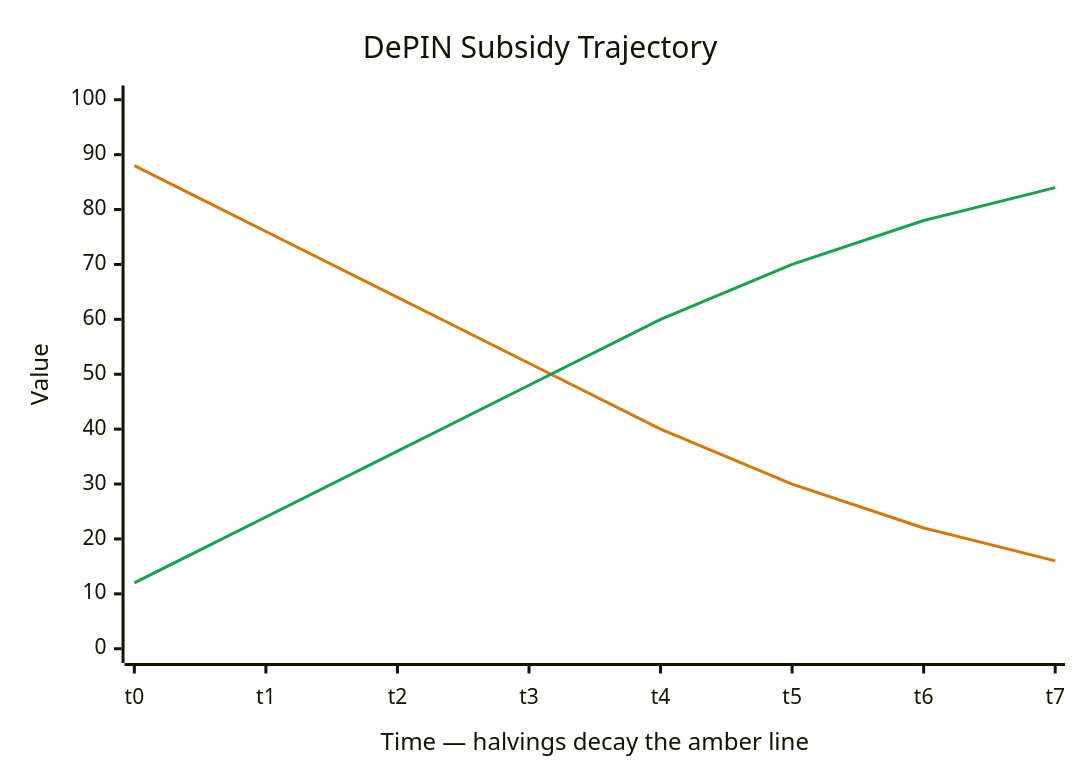
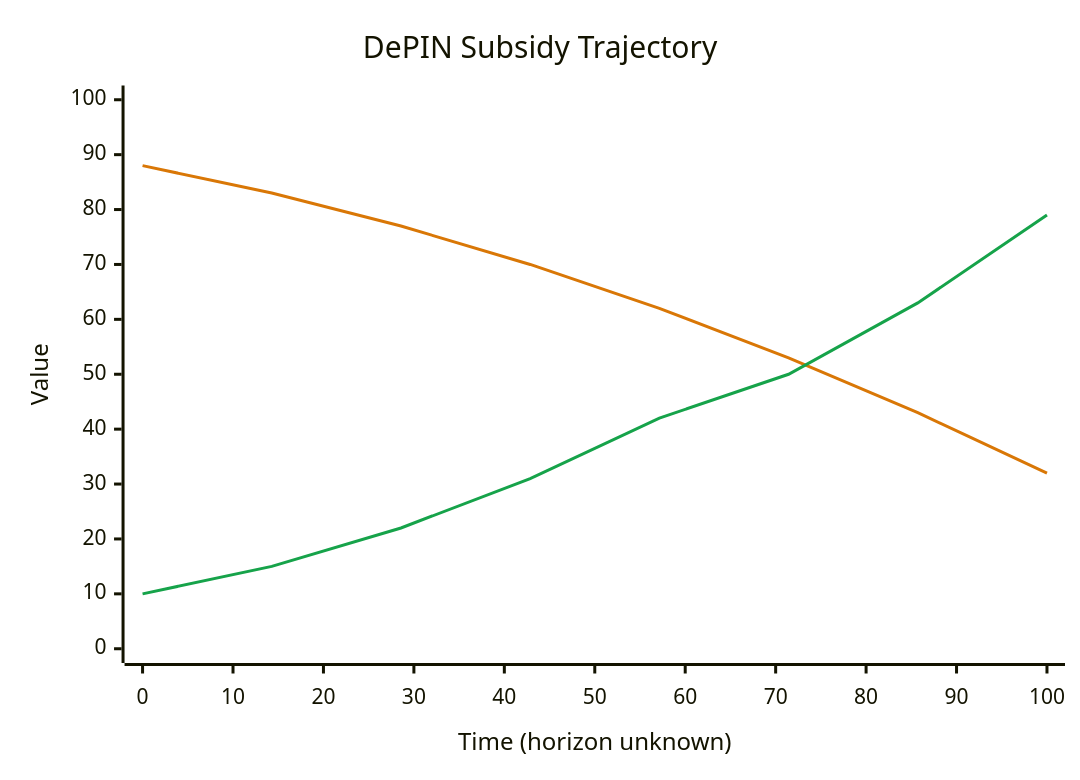
One commit to KubeTEE-AI/kubetee-subnet changed the fourth of 4 diagrams in README.md. Above: the diagram before and after it, drawn with Mermaid. The commit also changed other lines of this file and 1 other file, not shown here.

Commit message:
docs(subnet): push DePIN crossover later, drop definite-halving framing
The trajectory's x-axis is now a continuous numeric range labeled
"Time (horizon unknown)" instead of discrete t0..t7 steps tied to
halvings — the crossover date is unknown because recycle shifts halving
thresholds. Reshape the curves so the amber emission-subsidy line and
the green consumption-revenue line cross much later (~75% of the way
across the horizon, vs ~37% before), and the amber decay is a smooth
gradual taper rather than a definite halving schedule. Applied to both
README.md and docs/TOKENOMICS.md.

````diff
--- a/README.md
+++ b/README.md
@@ -405,14 +405,14 @@
 ```mermaid
 ---
 config:
   themeVariables:
     xyChart:
       plotColorPalette: '#D97706, #16A34A'
 ---
 xychart-beta
     title "DePIN Subsidy Trajectory"
-    x-axis "Time — halvings decay the amber line" [t0, t1, t2, t3, t4, t5, t6, t7]
+    x-axis "Time (horizon unknown)" 0 --> 100
     y-axis "Value" 0 --> 100
-    line "Emission subsidy" [88, 76, 64, 52, 40, 30, 22, 16]
-    line "Consumption revenue" [12, 24, 36, 48, 60, 70, 78, 84]
+    line "Emission subsidy" [88, 83, 77, 70, 62, 53, 43, 32]
+    line "Consumption revenue" [10, 15, 22, 31, 42, 50, 63, 79]
 ```
````
